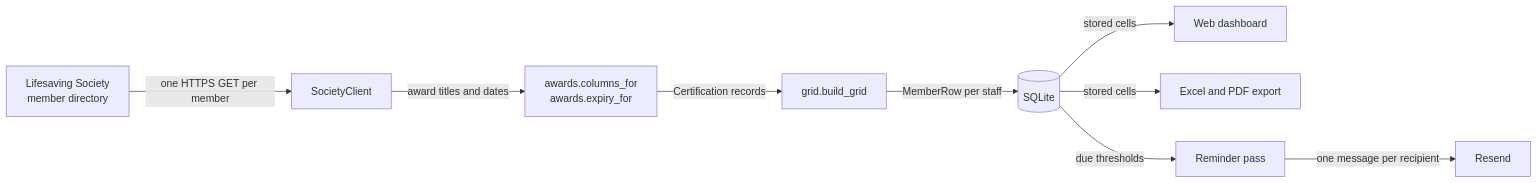
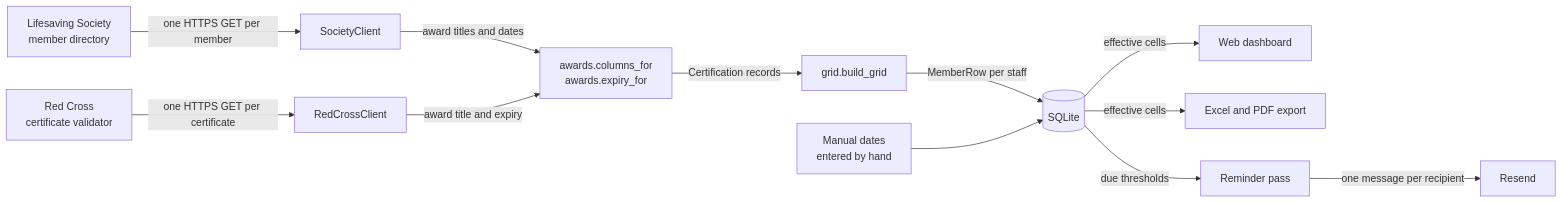
Before and after one commit to willtheorangeguy/ucac-certs: the first of 2 diagrams in docs/architecture.md, drawn with Mermaid. The commit also changed other lines of this file and 28 other files, not shown here.

Commit message:
feat: add Red Cross scraping

````diff
--- a/docs/architecture.md
+++ b/docs/architecture.md
@@ -13,11 +13,14 @@
 ```mermaid
 graph LR
   S[Lifesaving Society<br>member directory] -->|one HTTPS GET per member| C[SocietyClient]
+  X2[Red Cross<br>certificate validator] -->|one HTTPS GET per certificate| C2[RedCrossClient]
   C -->|award titles and dates| A[awards.columns_for<br>awards.expiry_for]
+  C2 -->|award title and expiry| A
   A -->|Certification records| G[grid.build_grid]
   G -->|MemberRow per staff| D[(SQLite)]
-  D -->|stored cells| W[Web dashboard]
-  D -->|stored cells| X[Excel and PDF export]
+  M[Manual dates<br>entered by hand] --> D
+  D -->|effective cells| W[Web dashboard]
+  D -->|effective cells| X[Excel and PDF export]
   D -->|due thresholds| R[Reminder pass]
   R -->|one message per recipient| E[Resend]
 ```
````
